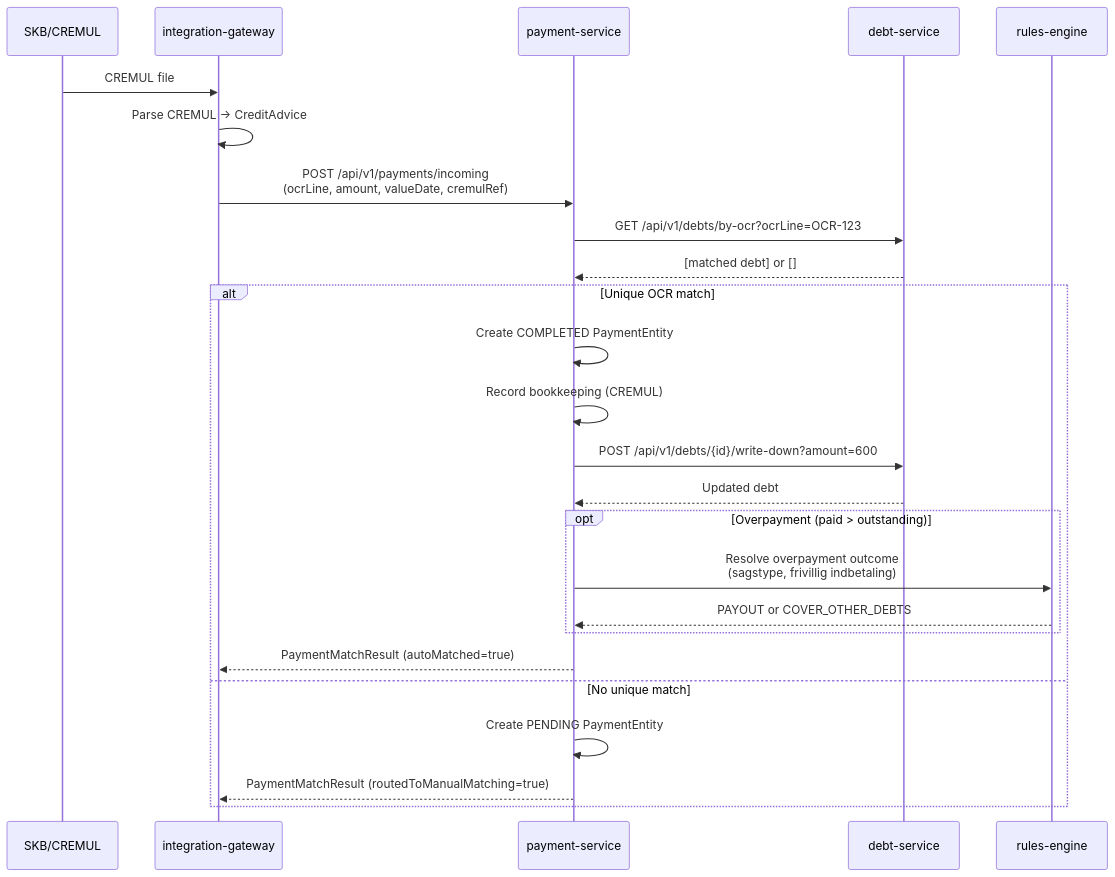
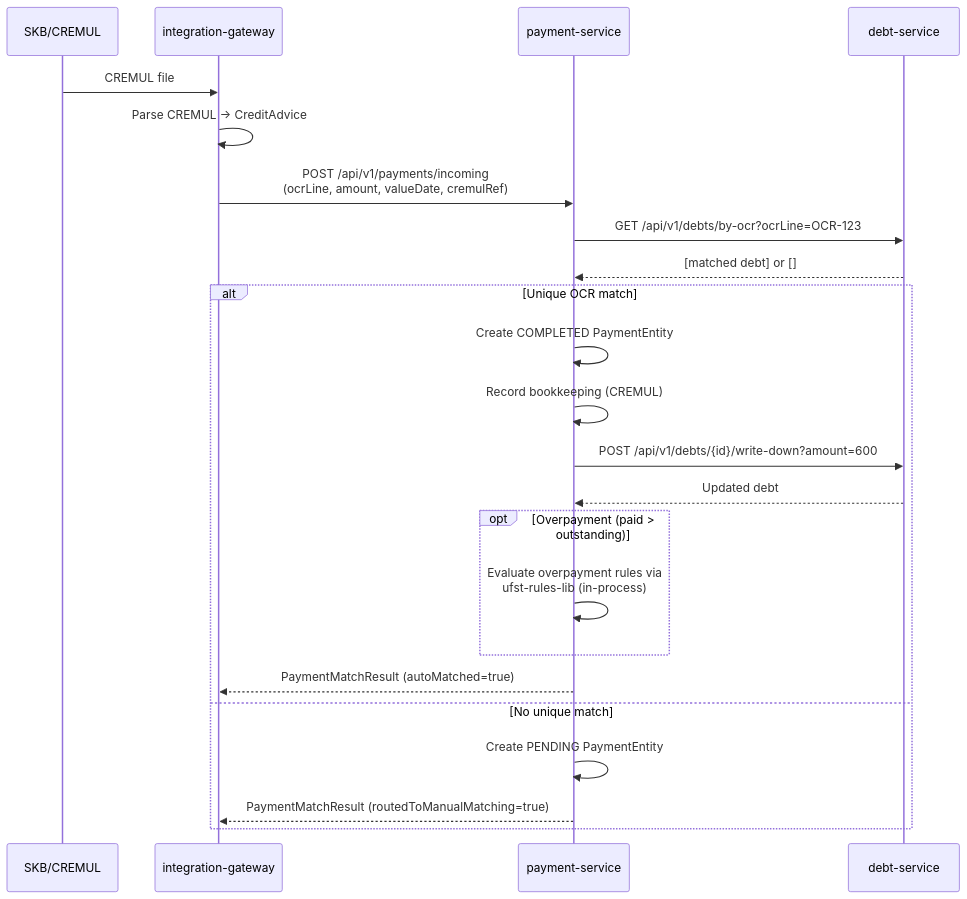
Before and after one commit to mfhens/opendebt: the seventh of 8 diagrams in architecture/overview.md, drawn with Mermaid. The commit also changed other lines of this file and 7 other files, not shown here.

````diff
--- a/architecture/overview.md
+++ b/architecture/overview.md
@@ -472,32 +472,29 @@
 ```mermaid
 sequenceDiagram
     participant SKB as SKB/CREMUL
     participant IG as integration-gateway
     participant PS as payment-service
     participant DS as debt-service
-    participant RE as rules-engine
-
     SKB->>IG: CREMUL file
     IG->>IG: Parse CREMUL → CreditAdvice
     IG->>PS: POST /api/v1/payments/incoming<br/>(ocrLine, amount, valueDate, cremulRef)
 
     PS->>DS: GET /api/v1/debts/by-ocr?ocrLine=OCR-123
     DS-->>PS: [matched debt] or []
 
     alt Unique OCR match
         PS->>PS: Create COMPLETED PaymentEntity
         PS->>PS: Record bookkeeping (CREMUL)
         PS->>DS: POST /api/v1/debts/{id}/write-down?amount=600
         DS-->>PS: Updated debt
 
         opt Overpayment (paid > outstanding)
-            PS->>RE: Resolve overpayment outcome<br/>(sagstype, frivillig indbetaling)
-            RE-->>PS: PAYOUT or COVER_OTHER_DEBTS
+            PS->>PS: Evaluate overpayment rules via<br/>ufst-rules-lib (in-process)
         end
 
         PS-->>IG: PaymentMatchResult (autoMatched=true)
     else No unique match
         PS->>PS: Create PENDING PaymentEntity
         PS-->>IG: PaymentMatchResult (routedToManualMatching=true)
     end
 ```
````
